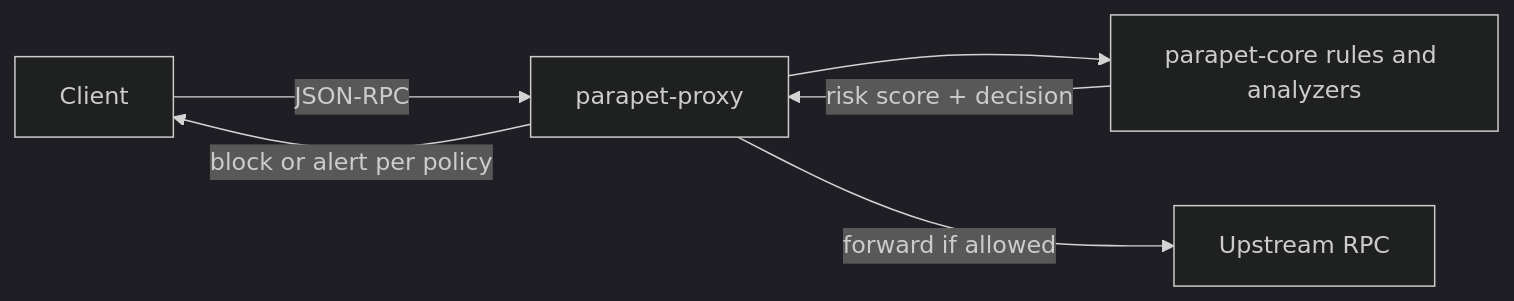
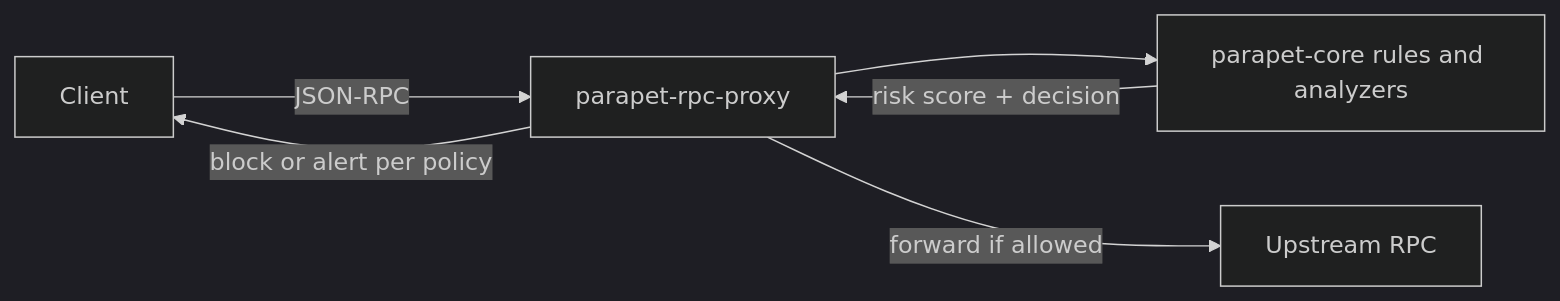
One commit to securecheckio/parapet changed the second of 6 diagrams in docs/ARCHITECTURE.md. Above: the diagram before and after it, drawn with Mermaid (dark theme). The commit also changed other lines of this file and 154 other files, not shown here.

First line of the commit message:
Rename parapet-proxy to parapet-rpc-proxy

````diff
--- a/docs/ARCHITECTURE.md
+++ b/docs/ARCHITECTURE.md
@@ -57,8 +57,8 @@
 ```mermaid
 flowchart LR
-  C[Client] -->|JSON-RPC| PXY[parapet-proxy]
+  C[Client] -->|JSON-RPC| PXY[parapet-rpc-proxy]
   PXY --> CORE[parapet-core rules and analyzers]
   CORE -->|risk score + decision| PXY
   PXY -->|forward if allowed| UP[Upstream RPC]
   PXY -->|block or alert per policy| C
 ```
````
